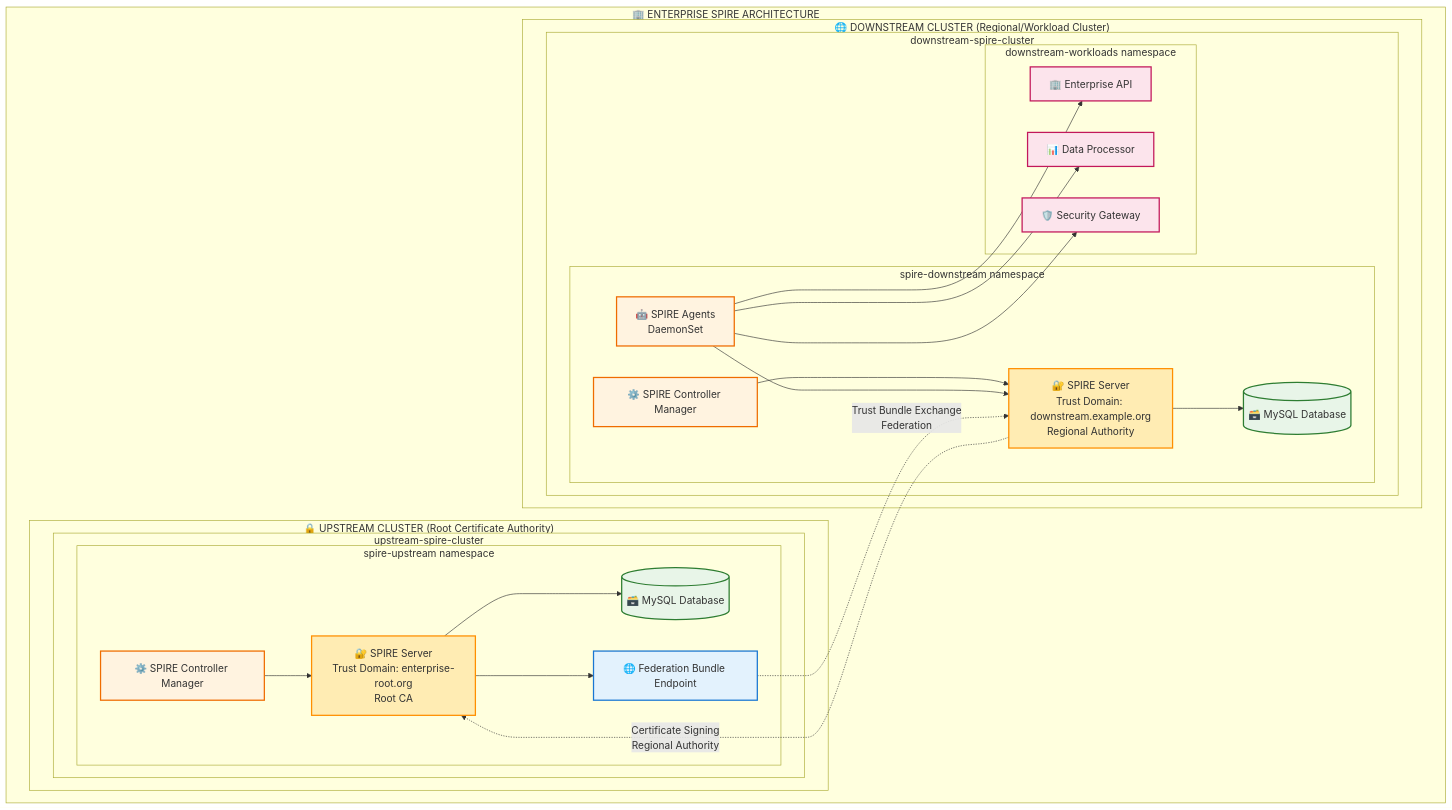
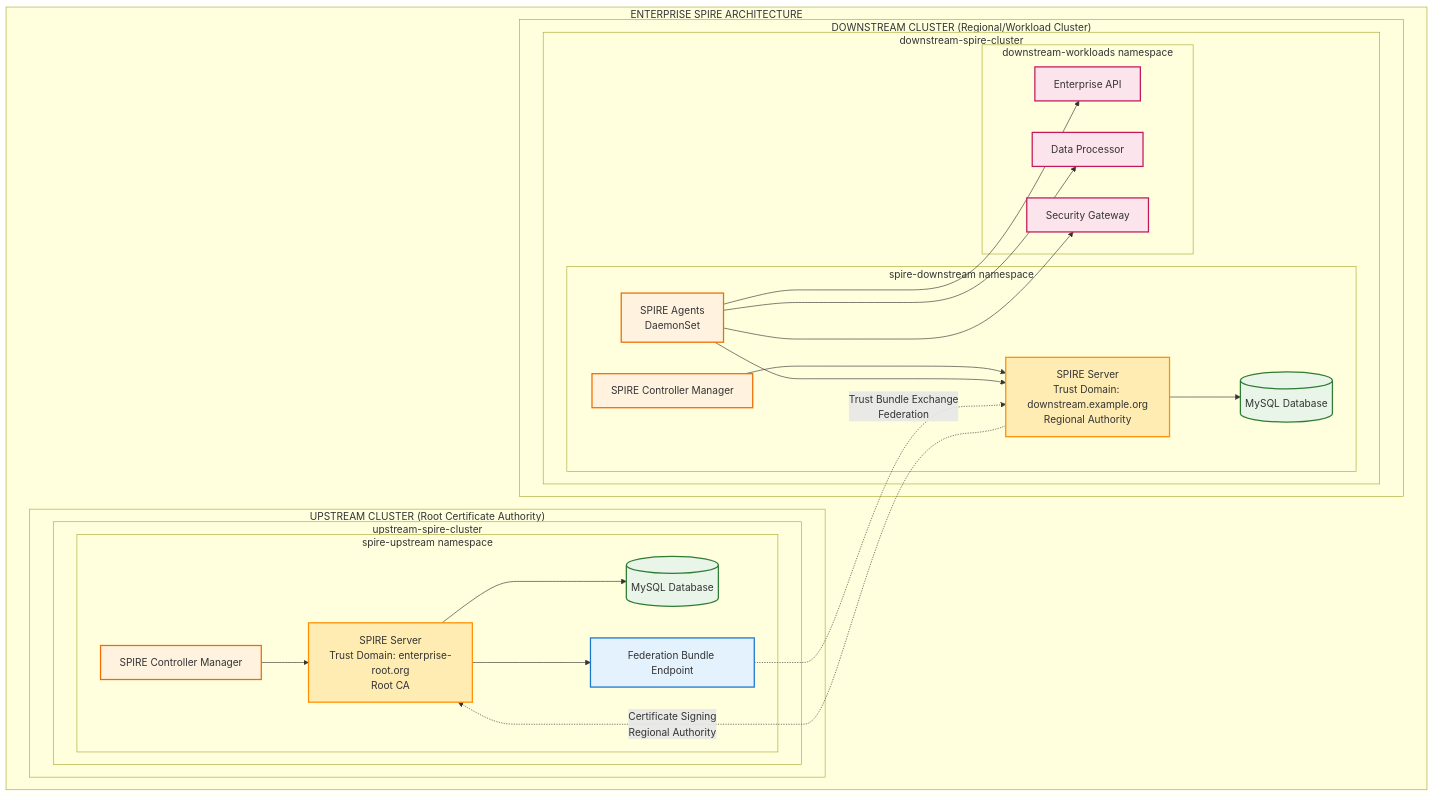
One commit to jfiser247/spire-dev changed the first of 2 diagrams in docs/enterprise_deployment_guide.md. Above: the diagram before and after it, drawn with Mermaid. The commit also changed other lines of this file and 5 other files, not shown here.

First line of the commit message:
Fix Mermaid v10.4.0 compatibility issues across all documentation

````diff
--- a/docs/enterprise_deployment_guide.md
+++ b/docs/enterprise_deployment_guide.md
@@ -9,61 +9,61 @@
 ```mermaid
 graph TB
-    subgraph "🏢 ENTERPRISE SPIRE ARCHITECTURE"
-        subgraph "🔒 UPSTREAM CLUSTER (Root Certificate Authority)"
+    subgraph "ENTERPRISE SPIRE ARCHITECTURE"
+        subgraph "UPSTREAM CLUSTER (Root Certificate Authority)"
             subgraph "upstream-spire-cluster"
                 subgraph "spire-upstream namespace"
-                    US[🔐 SPIRE Server<br/>Trust Domain: enterprise-root.org<br/>Root CA]
-                    UDB[(🗃️ MySQL Database)]
-                    UCM[⚙️ SPIRE Controller Manager]
-                    UFE[🌐 Federation Bundle Endpoint]
+                    US[SPIRE Server<br/>Trust Domain: enterprise-root.org<br/>Root CA]
+                    UDB[(MySQL Database)]
+                    UCM[SPIRE Controller Manager]
+                    UFE[Federation Bundle Endpoint]
                     
                     US --> UDB
                     US --> UFE
                     UCM --> US
                 end
             end
         end
         
-        subgraph "🌐 DOWNSTREAM CLUSTER (Regional/Workload Cluster)"
+        subgraph "DOWNSTREAM CLUSTER (Regional/Workload Cluster)"
             subgraph "downstream-spire-cluster"
                 subgraph "spire-downstream namespace"
-                    DS[🔐 SPIRE Server<br/>Trust Domain: downstream.example.org<br/>Regional Authority]
-                    DDB[(🗃️ MySQL Database)]
-                    DCM[⚙️ SPIRE Controller Manager]
-                    DA[🤖 SPIRE Agents<br/>DaemonSet]
+                    DS[SPIRE Server<br/>Trust Domain: downstream.example.org<br/>Regional Authority]
+                    DDB[(MySQL Database)]
+                    DCM[SPIRE Controller Manager]
+                    DA[SPIRE Agents<br/>DaemonSet]
                     
                     DS --> DDB
                     DCM --> DS
                     DA --> DS
                 end
                 
                 subgraph "downstream-workloads namespace"
-                    EA[🏢 Enterprise API]
-                    DP[📊 Data Processor]
-                    SG[🛡️ Security Gateway]
+                    EA[Enterprise API]
+                    DP[Data Processor]
+                    SG[Security Gateway]
                     
                     DA --> EA
                     DA --> DP
                     DA --> SG
                 end
             end
         end
     end
     
     %% Federation relationship
     UFE -.->|Trust Bundle Exchange<br/>Federation| DS
     DS -.->|Certificate Signing<br/>Regional Authority| US
     
     %% Consistent styling
     style US fill:#ffecb3,stroke:#ff8f00,stroke-width:2px,stroke-dasharray:0
     style DS fill:#ffecb3,stroke:#ff8f00,stroke-width:2px,stroke-dasharray:0
     style UDB fill:#e8f5e8,stroke:#2e7d32,stroke-width:2px,stroke-dasharray:0
     style DDB fill:#e8f5e8,stroke:#2e7d32,stroke-width:2px,stroke-dasharray:0
     style UCM fill:#fff3e0,stroke:#ef6c00,stroke-width:2px,stroke-dasharray:0
     style DCM fill:#fff3e0,stroke:#ef6c00,stroke-width:2px,stroke-dasharray:0
     style UFE fill:#e3f2fd,stroke:#1976d2,stroke-width:2px,stroke-dasharray:0
     style DA fill:#fff3e0,stroke:#ef6c00,stroke-width:2px,stroke-dasharray:0
     style EA fill:#fce4ec,stroke:#c2185b,stroke-width:2px,stroke-dasharray:0
     style DP fill:#fce4ec,stroke:#c2185b,stroke-width:2px,stroke-dasharray:0
     style SG fill:#fce4ec,stroke:#c2185b,stroke-width:2px,stroke-dasharray:0
 ```
````
